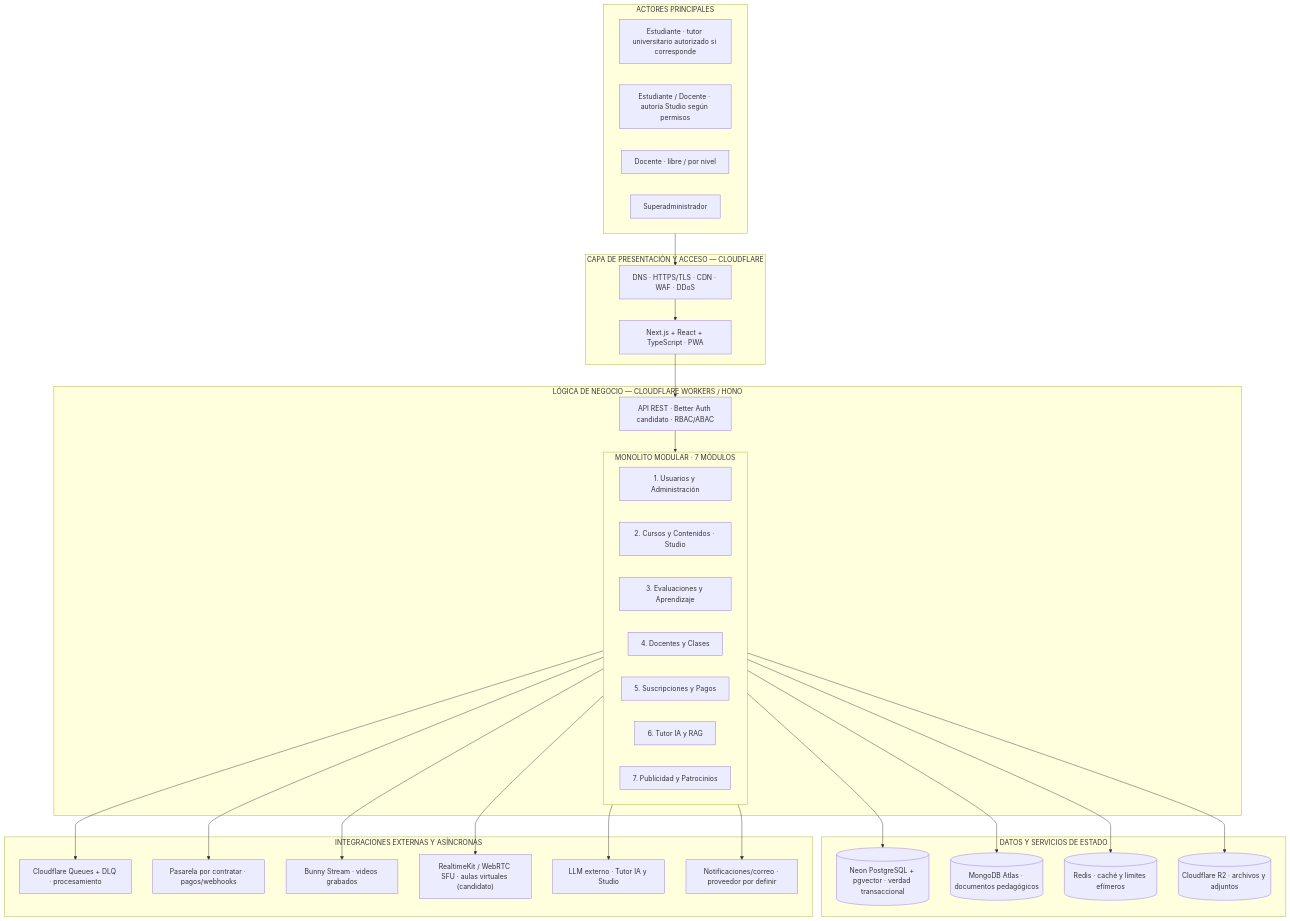
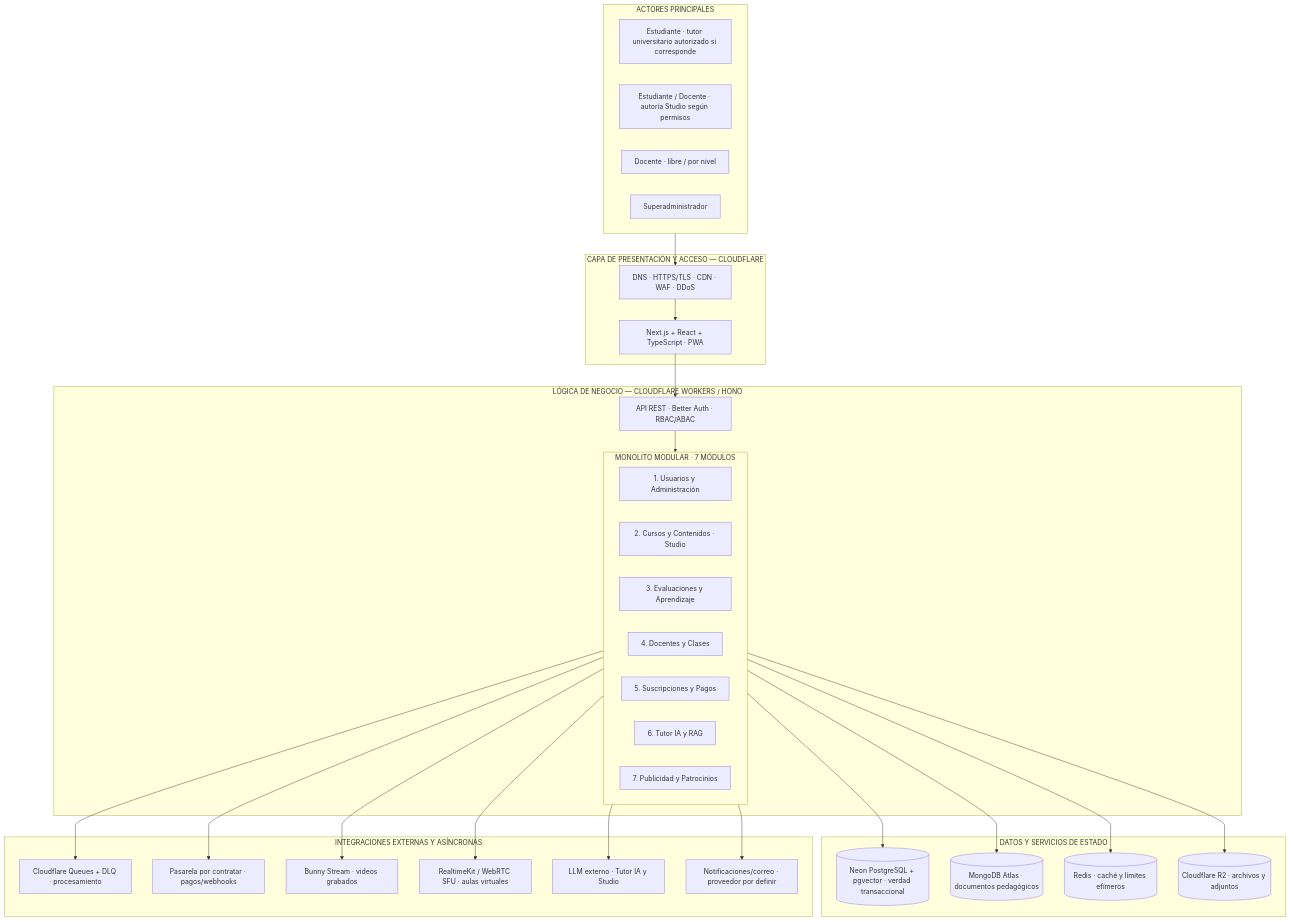
Before and after one commit to 100robert/Mentelyx: the diagram in docs/02-arquitectura-software/arquitectura-inicial.md, drawn with Mermaid. The commit also changed other lines of this file and 25 other files, not shown here.

Commit message:
docs: close Sprint 02 architecture design

````diff
--- a/docs/02-arquitectura-software/arquitectura-inicial.md
+++ b/docs/02-arquitectura-software/arquitectura-inicial.md
@@ -13,56 +13,56 @@
 ```mermaid
 flowchart TB
   subgraph USUARIOS["ACTORES PRINCIPALES"]
     EST["Estudiante · tutor universitario autorizado si corresponde"]
     CREA["Estudiante / Docente · autoría Studio según permisos"]
     DOC["Docente · libre / por nivel"]
     ADMIN["Superadministrador"]
   end
 
   subgraph EDGE["CAPA DE PRESENTACIÓN Y ACCESO — CLOUDFLARE"]
     CF["DNS · HTTPS/TLS · CDN · WAF · DDoS"]
     WEB["Next.js + React + TypeScript · PWA"]
   end
 
   subgraph BACK["LÓGICA DE NEGOCIO — CLOUDFLARE WORKERS / HONO"]
-    API["API REST · Better Auth candidato · RBAC/ABAC"]
+    API["API REST · Better Auth · RBAC/ABAC"]
     subgraph MOD["MONOLITO MODULAR · 7 MÓDULOS"]
       M1["1. Usuarios y Administración"]
       M2["2. Cursos y Contenidos · Studio"]
       M3["3. Evaluaciones y Aprendizaje"]
       M4["4. Docentes y Clases"]
       M5["5. Suscripciones y Pagos"]
       M6["6. Tutor IA y RAG"]
       M7["7. Publicidad y Patrocinios"]
     end
   end
 
   subgraph DATA["DATOS Y SERVICIOS DE ESTADO"]
     PG[("Neon PostgreSQL + pgvector · verdad transaccional")]
     MDB[("MongoDB Atlas · documentos pedagógicos")]
     RED[("Redis · caché y límites efímeros")]
     R2[("Cloudflare R2 · archivos y adjuntos")]
   end
 
   subgraph EXT["INTEGRACIONES EXTERNAS Y ASÍNCRONAS"]
     QUEUE["Cloudflare Queues + DLQ · procesamiento"]
     PAY["Pasarela por contratar · pagos/webhooks"]
     MEDIA["Bunny Stream · videos grabados"]
-    LIVE["RealtimeKit / WebRTC SFU · aulas virtuales (candidato)"]
+    LIVE["RealtimeKit / WebRTC SFU · aulas virtuales"]
     AI["LLM externo · Tutor IA y Studio"]
     MAIL["Notificaciones/correo · proveedor por definir"]
   end
 
   USUARIOS --> CF --> WEB --> API
   API --> MOD
   MOD --> PG
   MOD --> MDB
   MOD --> RED
   MOD --> R2
   MOD --> QUEUE
   MOD --> PAY
   MOD --> MEDIA
   MOD --> LIVE
   MOD --> AI
   MOD --> MAIL
 ```
````
